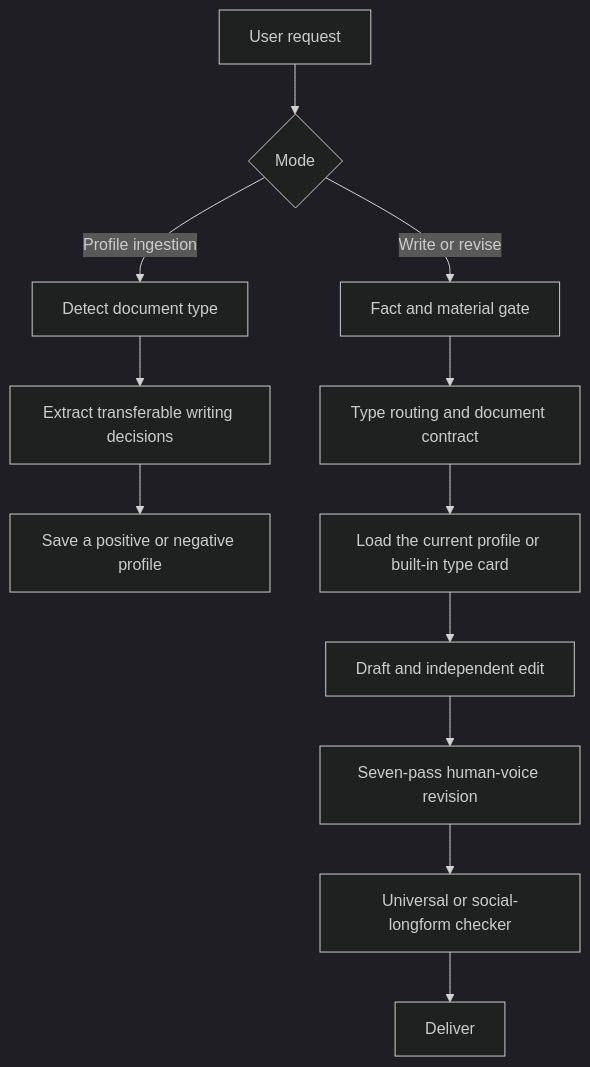
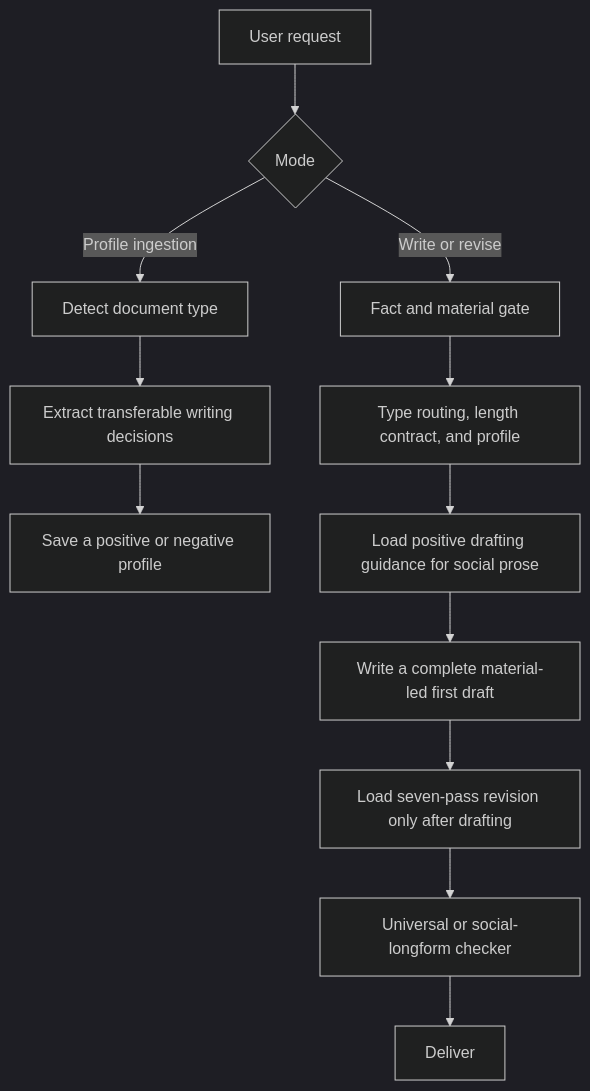
The diagram in README_EN.md (AKin-lvyifang/human-doc-writing), drawn with Mermaid (dark theme) before and after one commit. The commit also changed other lines of this file and 28 other files, not shown here.

````diff
--- a/README_EN.md
+++ b/README_EN.md
@@ -49,14 +63,14 @@
 ```mermaid
 flowchart TD
     A[User request] --> B{Mode}
     B -->|Profile ingestion| C[Detect document type]
     C --> D[Extract transferable writing decisions]
     D --> E[Save a positive or negative profile]
     B -->|Write or revise| F[Fact and material gate]
-    F --> G[Type routing and document contract]
-    G --> H[Load the current profile or built-in type card]
-    H --> I[Draft and independent edit]
-    I --> J[Seven-pass human-voice revision]
+    F --> G[Type routing, length contract, and profile]
+    G --> H[Load positive drafting guidance for social prose]
+    H --> I[Write a complete material-led first draft]
+    I --> J[Load seven-pass revision only after drafting]
     J --> K[Universal or social-longform checker]
     K --> L[Deliver]
 ```
````
